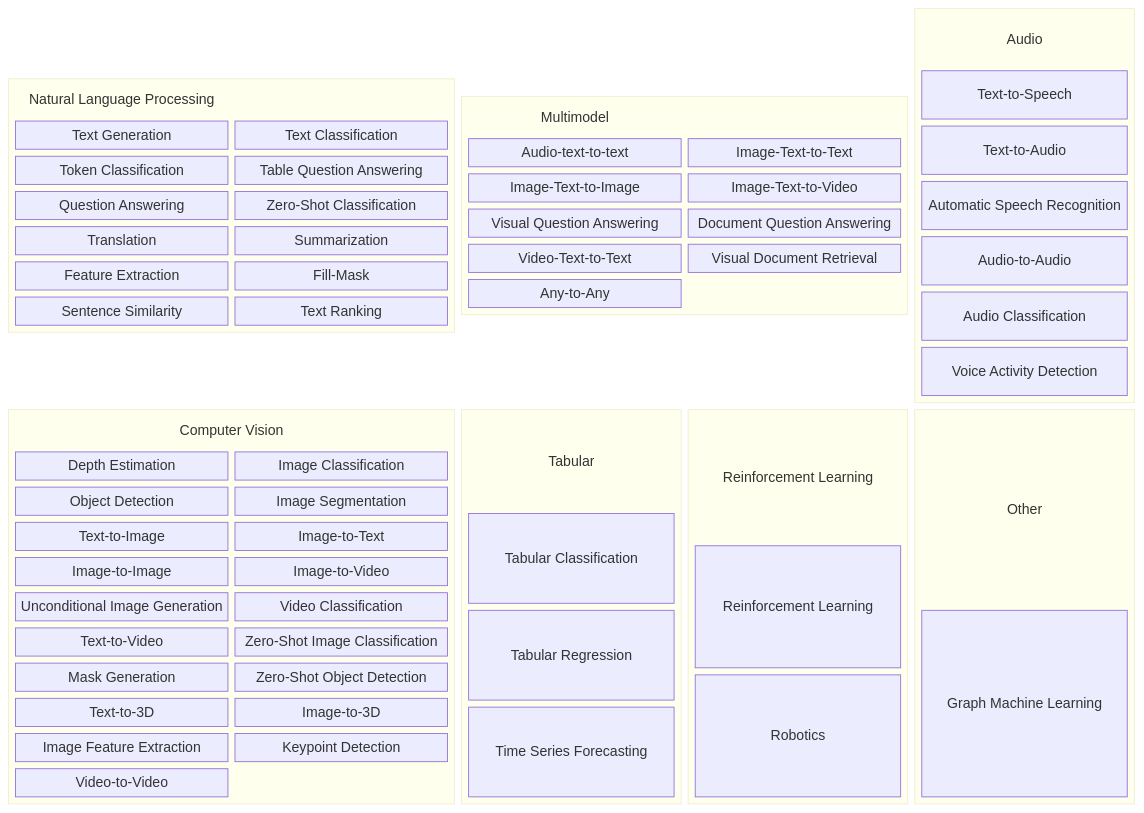
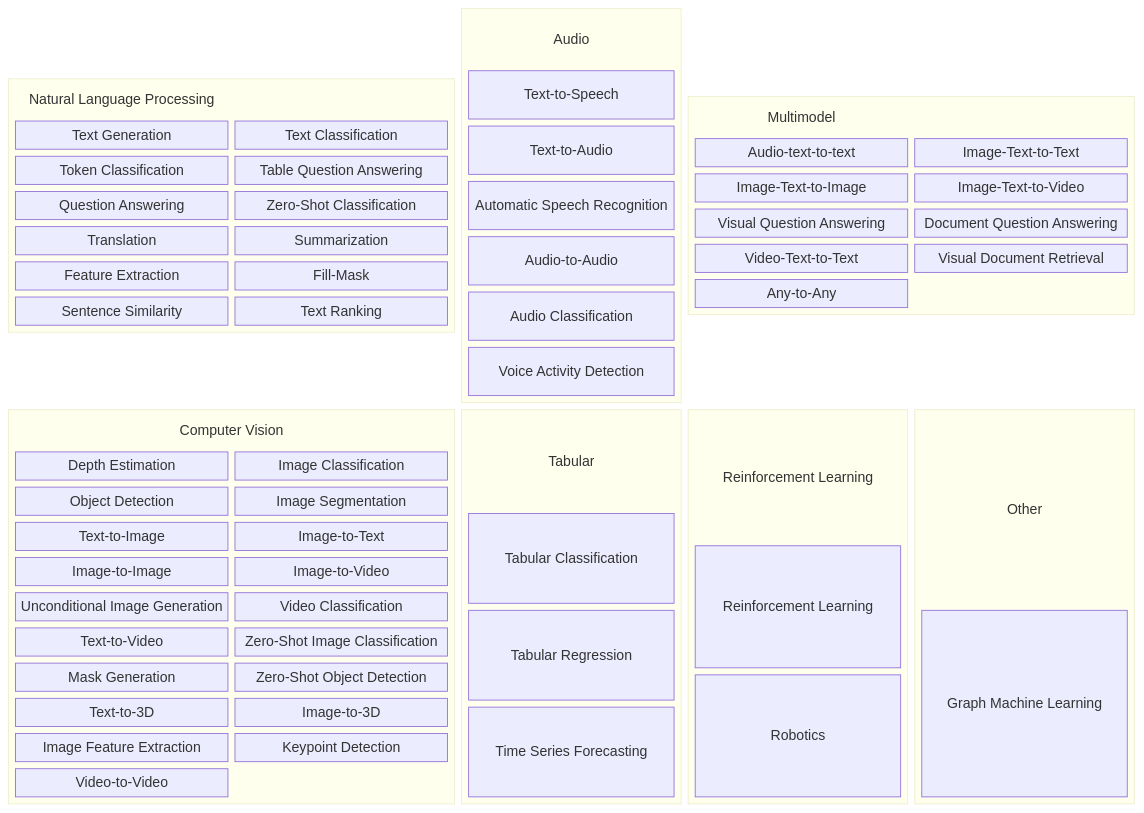
The third of 3 diagrams in docs/minimumskrav/baggrund_objekt_for_os2AI.md (OS2sandbox/public-genai-governance), drawn with Mermaid before and after one commit.

Commit message:
Todo: rem to rework huggingface model overview

```diff
--- a/docs/minimumskrav/baggrund_objekt_for_os2AI.md
+++ b/docs/minimumskrav/baggrund_objekt_for_os2AI.md
@@ -181,6 +183,18 @@
     nlp_tr["Text Ranking"]
   end
   
+  block:a:1
+    columns 1
+    a_title["Audio"]
+
+    a_tts["Text-to-Speech"]
+    a_tta["Text-to-Audio"]
+    a_asr["Automatic Speech Recognition"]
+    a_ata["Audio-to-Audio"]
+    a_ac["Audio Classification"]
+    a_vad["Voice Activity Detection"]
+  end
+  
   block:mm:2
     columns 2
     mm_title["Multimodel"]:2
@@ -196,19 +210,6 @@
     mm_ata["Any-to-Any"]
   end
   
-  block:a:1
-    columns 1
-    a_title["Audio"]
-
-    a_tts["Text-to-Speech"]
-    a_tta["Text-to-Audio"]
-    a_asr["Automatic Speech Recognition"]
-    a_ata["Audio-to-Audio"]
-    a_ac["Audio Classification"]
-    a_vad["Voice Activity Detection"]
-  end
-  
-
   block:cv:2
     columns 2
     cv_title["Computer Vision"]:2
```
